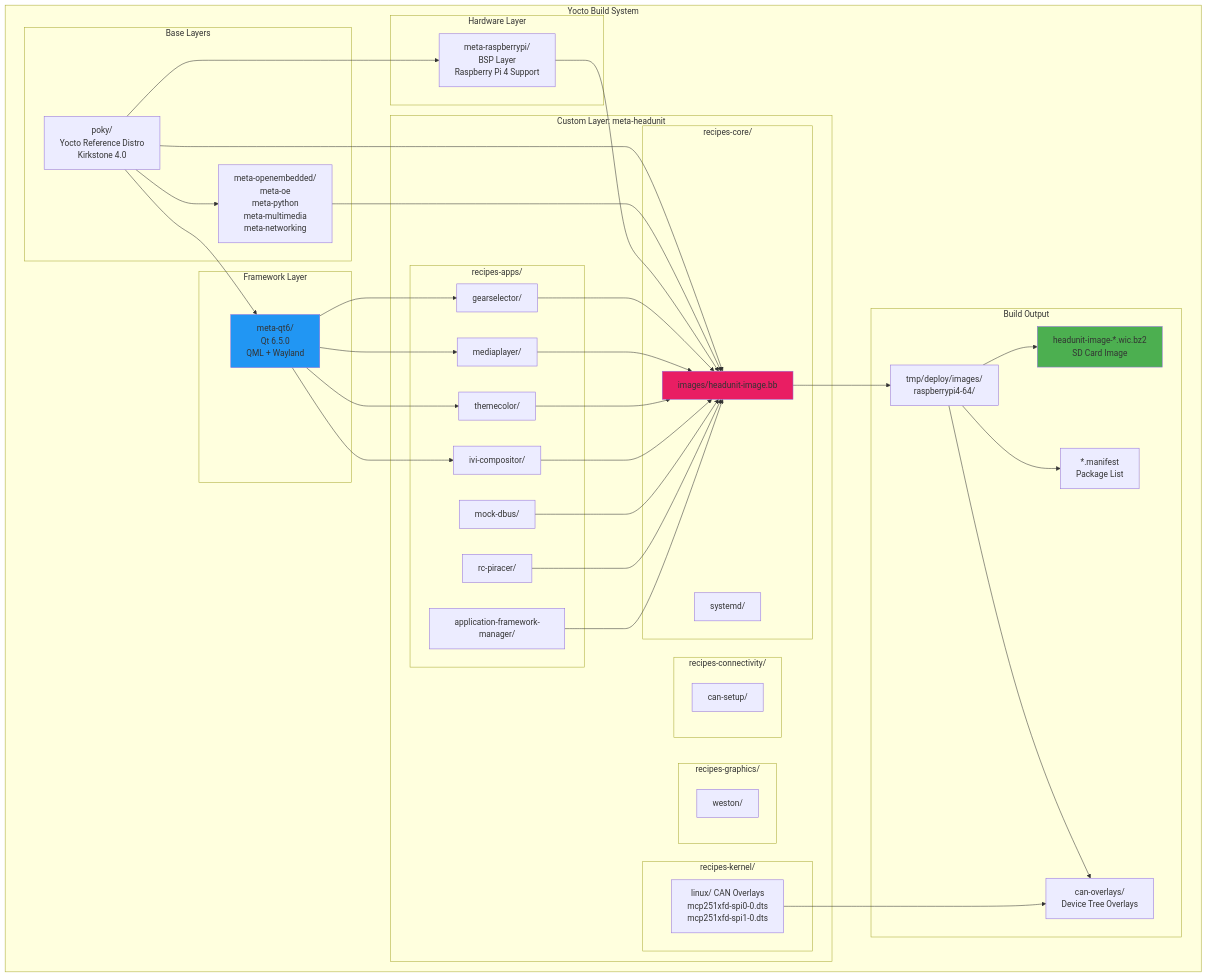
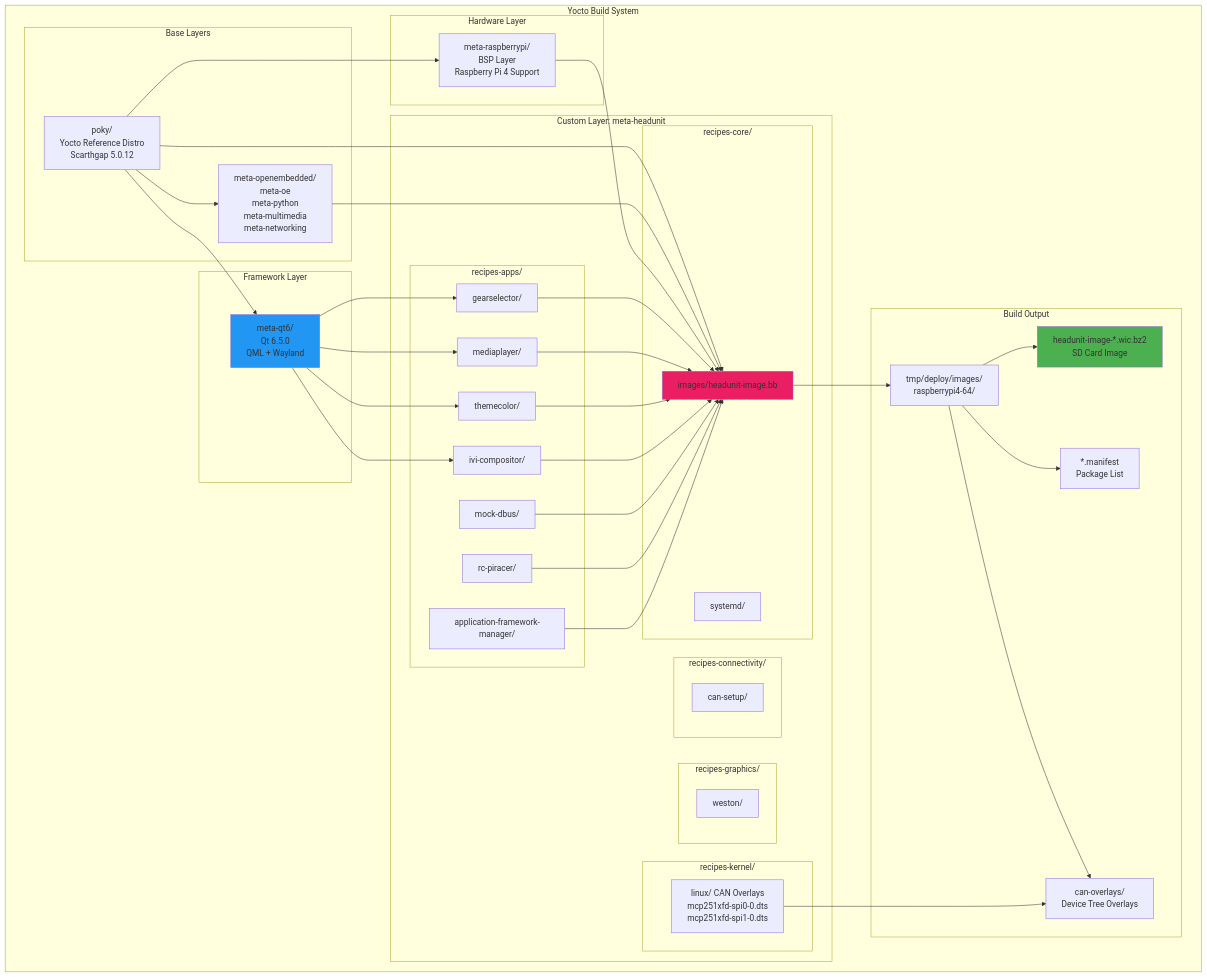
One commit to saicharansathyam/DES_Head-Unit changed diagram 15 of 18 in yocto/readme.md. Above: the diagram before and after it, drawn with Mermaid. The commit also changed other lines of this file, not shown here.

First line of the commit message:
Update Yocto version references in readme

```diff
--- a/yocto/readme.md
+++ b/yocto/readme.md
@@ -782,7 +781,7 @@
 graph TB
     subgraph "Yocto Build System"
         subgraph "Base Layers"
-            POKY[poky/<br/>Yocto Reference Distro<br/>Kirkstone 4.0]
+            POKY[poky/<br/>Yocto Reference Distro<br/>Scarthgap 5.0.12]
             META_OE[meta-openembedded/<br/>meta-oe<br/>meta-python<br/>meta-multimedia<br/>meta-networking]
         end
 
```
